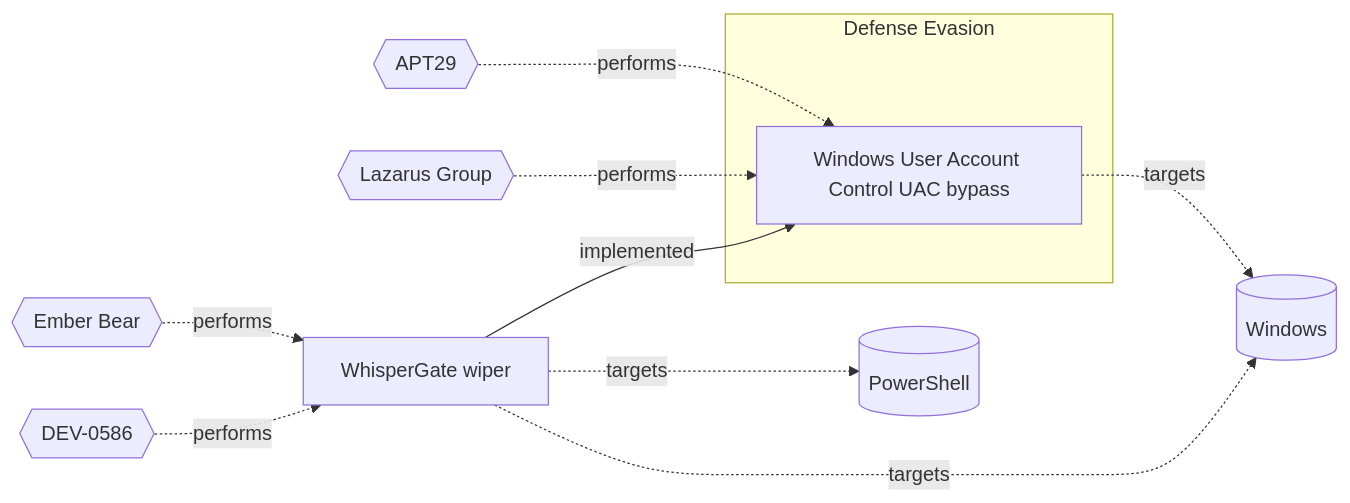
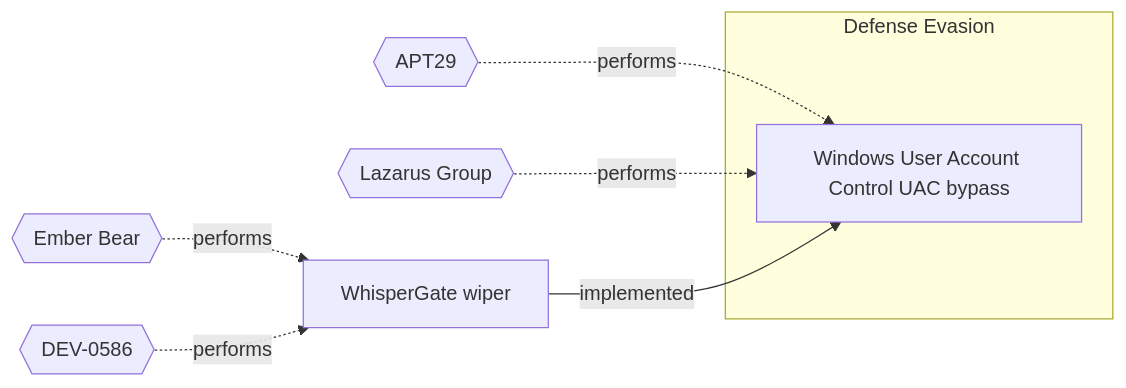
One commit to OpenTideHQ/WikiTide changed the diagram in Models/Threat Vectors/☣️ WhisperGate wiper.md. Above: the diagram before and after it, drawn with Mermaid. The commit also changed other lines of this file and 232 other files, not shown here.

````diff
--- a/Models/Threat Vectors/☣️ WhisperGate wiper.md
+++ b/Models/Threat Vectors/☣️ WhisperGate wiper.md
@@ -116,29 +116,24 @@
 ```mermaid
 
 flowchart LR
 
 d5add960-1b86-41d4-869a-1defd392c8f9[Windows User Account Control UAC bypass]
 68ab86f6-378d-4371-ad01-6209fb95d57d[WhisperGate wiper]
 
 subgraph Defense Evasion
 d5add960-1b86-41d4-869a-1defd392c8f9
 end
 
-Windows[(Windows)]
-PowerShell[(PowerShell)]
 APT29{{APT29}}
 LazarusGroup{{Lazarus Group}}
 EmberBear{{Ember Bear}}
 DEV-0586{{DEV-0586}}
 
-d5add960-1b86-41d4-869a-1defd392c8f9 -.->|targets| Windows
-68ab86f6-378d-4371-ad01-6209fb95d57d -.->|targets| Windows
-68ab86f6-378d-4371-ad01-6209fb95d57d -.->|targets| PowerShell
 APT29 -.-> |performs| d5add960-1b86-41d4-869a-1defd392c8f9
 LazarusGroup -.-> |performs| d5add960-1b86-41d4-869a-1defd392c8f9
 EmberBear -.-> |performs| 68ab86f6-378d-4371-ad01-6209fb95d57d
 DEV-0586 -.-> |performs| 68ab86f6-378d-4371-ad01-6209fb95d57d
 
 68ab86f6-378d-4371-ad01-6209fb95d57d -->|implemented| d5add960-1b86-41d4-869a-1defd392c8f9
 
 ```
````
